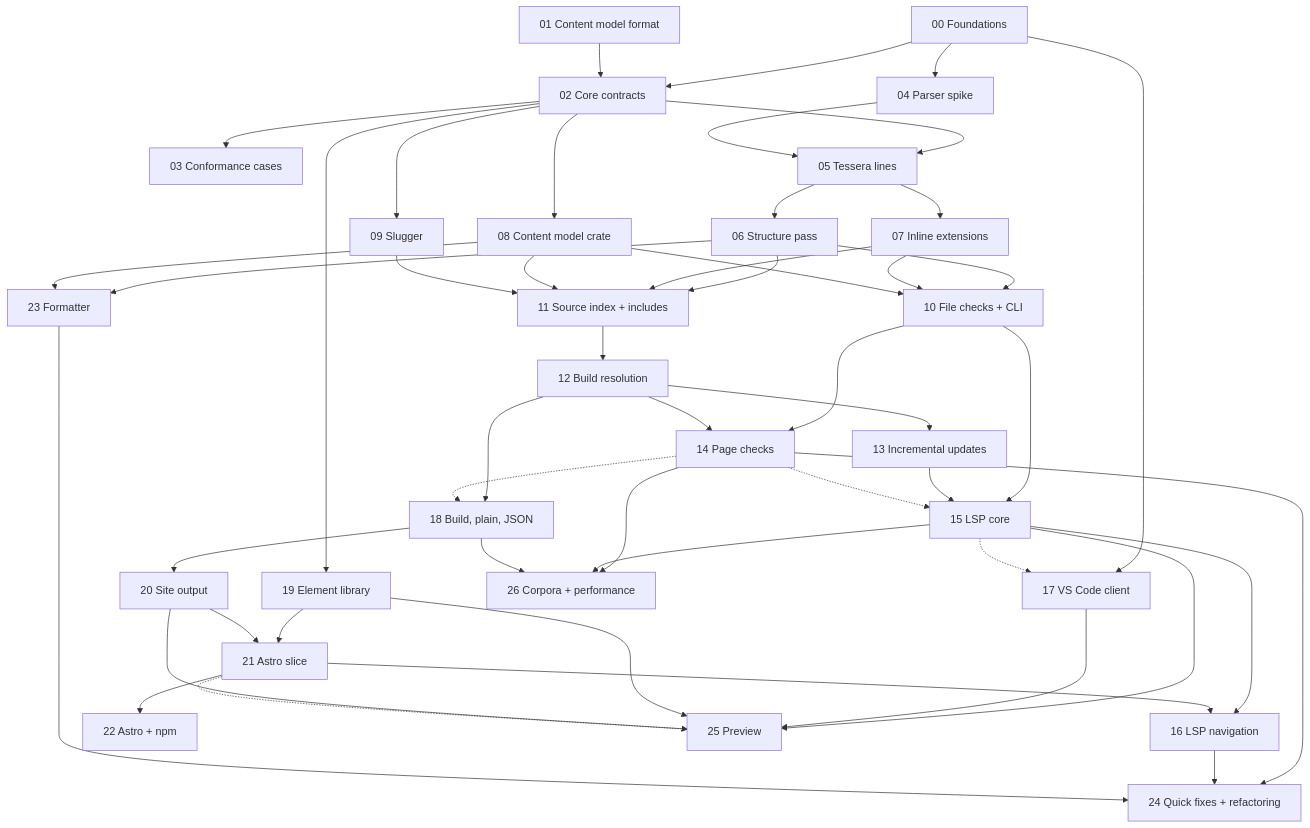
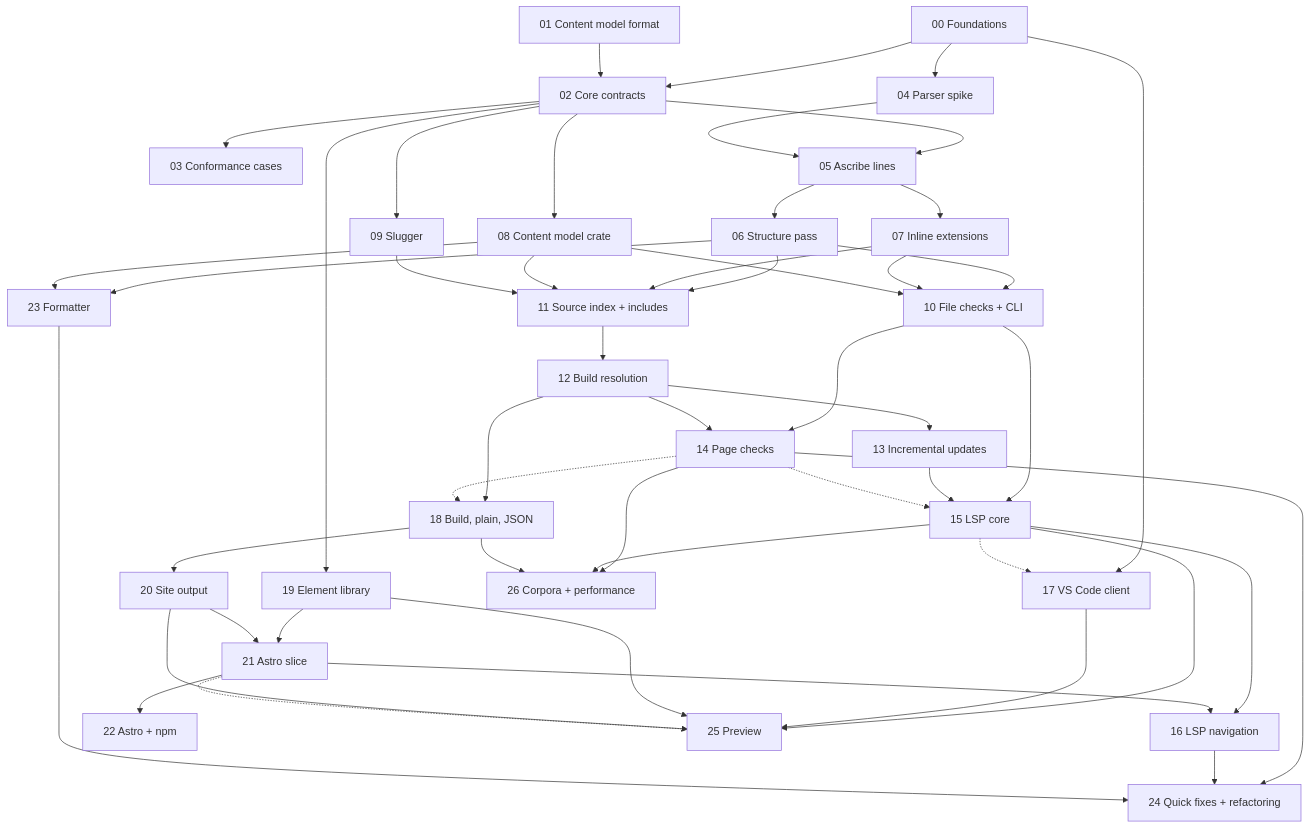
One commit to ascribed-dev/ascribe changed the diagram in project-docs/phases/README.md. Above: the diagram before and after it, drawn with Mermaid. The commit also changed other lines of this file and 127 other files, not shown here.

````diff
--- a/project-docs/phases/README.md
+++ b/project-docs/phases/README.md
@@ -96,51 +96,51 @@
 ```mermaid
 graph TD
   P00[00 Foundations] --> P02[02 Core contracts]
   P01[01 Content model format] --> P02
   P02 --> P03[03 Conformance cases]
   P00 --> P04[04 Parser spike]
-  P02 --> P05[05 Tessera lines]
+  P02 --> P05[05 Ascribe lines]
   P04 --> P05
   P05 --> P06[06 Structure pass]
   P05 --> P07[07 Inline extensions]
   P02 --> P08[08 Content model crate]
   P02 --> P09[09 Slugger]
   P06 --> P10[10 File checks + CLI]
   P07 --> P10
   P08 --> P10
   P06 --> P11[11 Source index + includes]
   P07 --> P11
   P08 --> P11
   P09 --> P11
   P11 --> P12[12 Build resolution]
   P12 --> P13[13 Incremental updates]
   P10 --> P14[14 Page checks]
   P12 --> P14
   P10 --> P15[15 LSP core]
   P13 --> P15
   P14 -.-> P15
   P15 --> P16[16 LSP navigation]
   P21 --> P16
   P00 --> P17[17 VS Code client]
   P15 -.-> P17
   P12 --> P18[18 Build, plain, JSON]
   P14 -.-> P18
   P02 --> P19[19 Element library]
   P18 --> P20[20 Site output]
   P19 --> P21[21 Astro slice]
   P20 --> P21
   P21 --> P22[22 Astro + npm]
   P06 --> P23[23 Formatter]
   P08 --> P23
   P14 --> P24[24 Quick fixes + refactoring]
   P16 --> P24
   P23 --> P24
   P15 --> P25[25 Preview]
   P17 --> P25
   P19 --> P25
   P20 --> P25
   P21 -.-> P25
   P14 --> P26[26 Corpora + performance]
   P15 --> P26
   P18 --> P26
 ```
````
